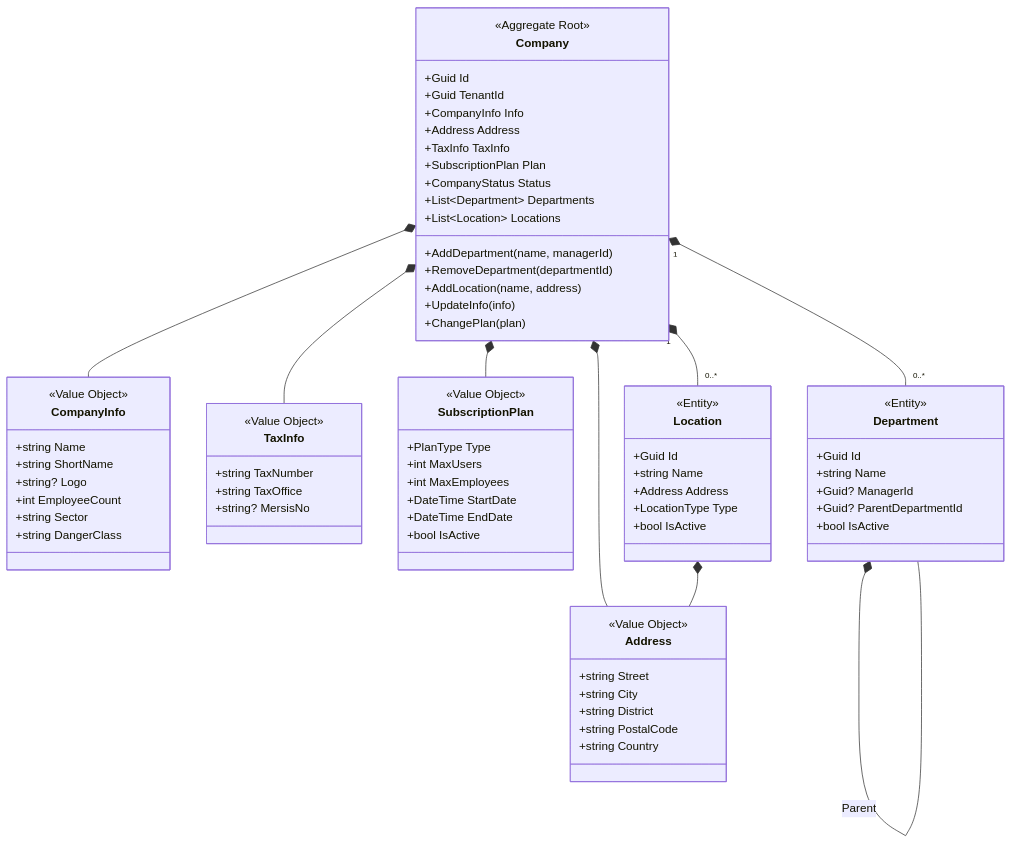
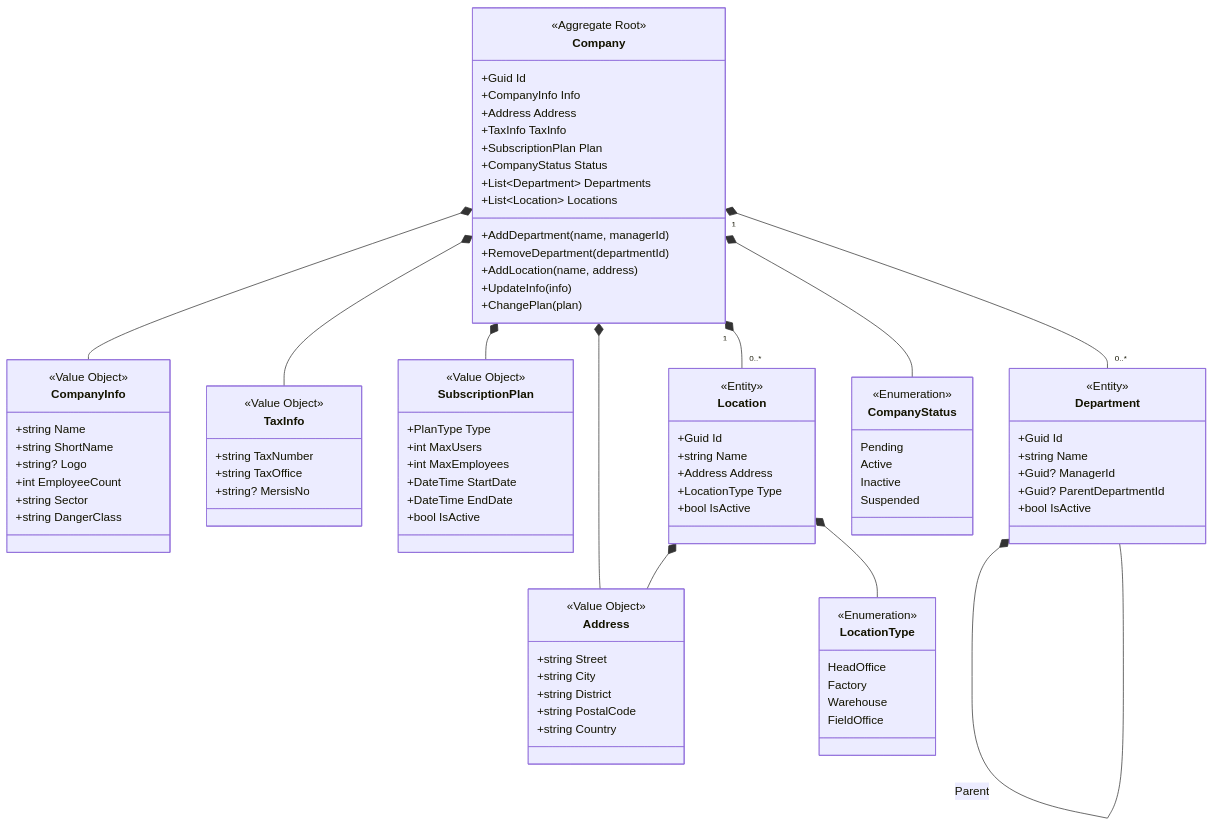
The sixth of 20 diagrams in docs/domain-model.md (fatma-oncu/SafeFlow-AI), drawn with Mermaid before and after one commit. The commit also changed other lines of this file and 40 other files, not shown here.

````diff
--- a/docs/domain-model.md
+++ b/docs/domain-model.md
@@ -407,7 +451,6 @@
     class Company {
         <<Aggregate Root>>
         +Guid Id
-        +Guid TenantId
         +CompanyInfo Info
         +Address Address
         +TaxInfo TaxInfo
@@ -476,12 +519,30 @@
         +bool IsActive
     }
 
+    class CompanyStatus {
+        <<Enumeration>>
+        Pending
+        Active
+        Inactive
+        Suspended
+    }
+
+    class LocationType {
+        <<Enumeration>>
+        HeadOffice
+        Factory
+        Warehouse
+        FieldOffice
+    }
+
     Company *-- CompanyInfo
     Company *-- Address
     Company *-- TaxInfo
     Company *-- SubscriptionPlan
+    Company *-- CompanyStatus
     Company "1" *-- "0..*" Department
     Company "1" *-- "0..*" Location
     Department *-- Department : Parent
     Location *-- Address
+    Location *-- LocationType
 ```
````
